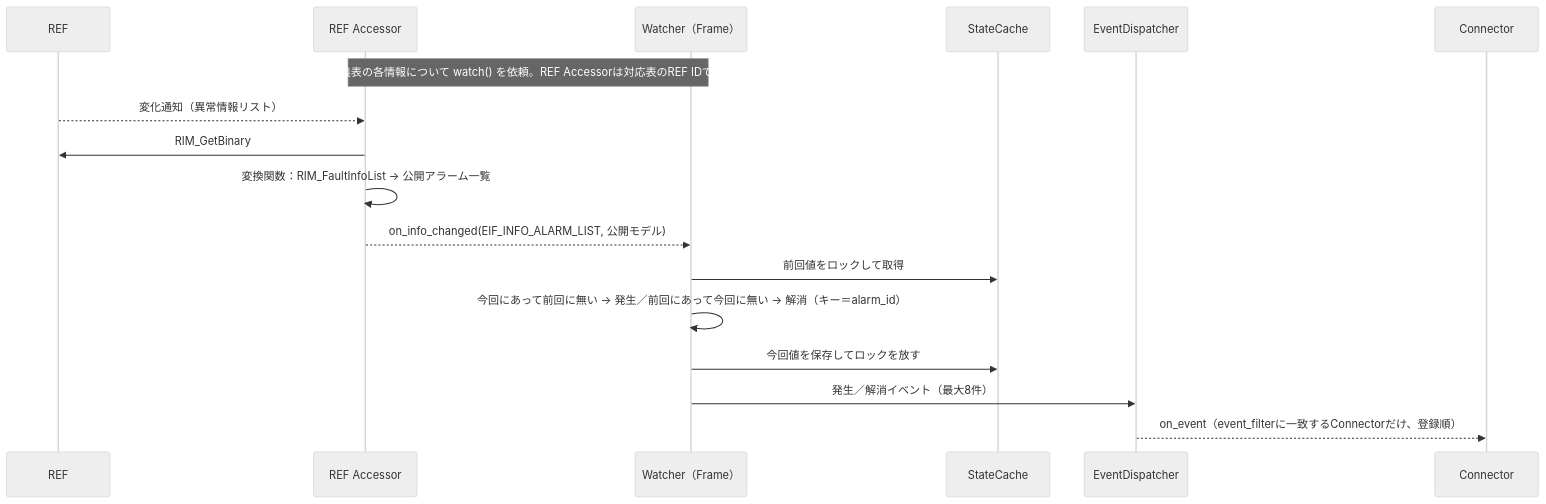
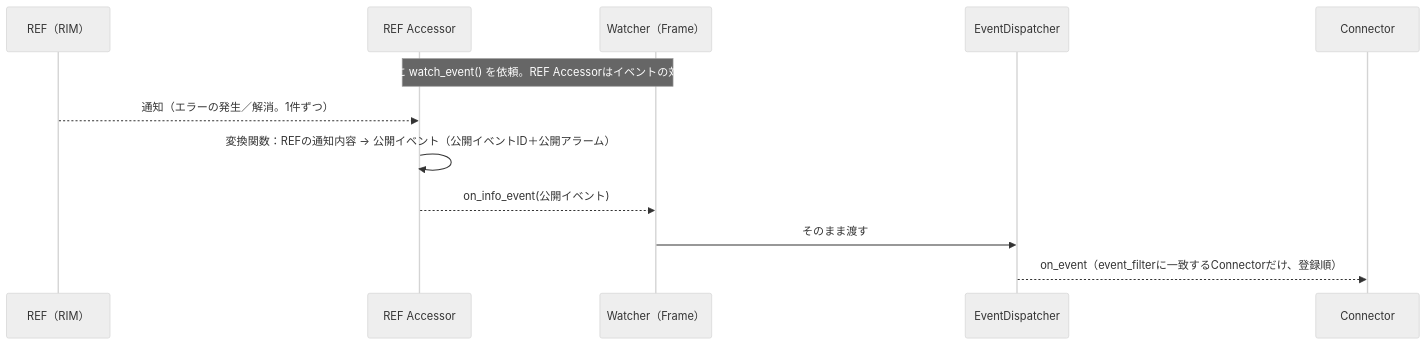
One commit to ceedling-vxworks-test-generator/EIF-design changed the second of 2 diagrams in 03.EIF設計/設計/詳細設計書.md. Above: the diagram before and after it, drawn with Mermaid (neutral theme). The commit also changed other lines of this file and 14 other files, not shown here.

First line of the commit message:
仕様設計DRの指摘を反映（仕様設計書・詳細設計書 0.02）、詳細構成図を追加

````diff
--- a/03.EIF設計/設計/詳細設計書.md
+++ b/03.EIF設計/設計/詳細設計書.md
@@ -576,19 +752,14 @@
 ```mermaid
 sequenceDiagram
-participant REF as REF
+participant REF as REF（RIM）
 participant RA as REF Accessor
 participant WT as Watcher（Frame）
-participant SC as StateCache
 participant ED as EventDispatcher
 participant CN as Connector
-Note over WT,RA: 起動時：通知定義表の各情報について watch() を依頼。REF Accessorは対応表のREF IDで RIM_Subscribe
-REF-->>RA: 変化通知（異常情報リスト）
-RA->>REF: RIM_GetBinary
-RA->>RA: 変換関数：RIM_FaultInfoList → 公開アラーム一覧
-RA-->>WT: on_info_changed(EIF_INFO_ALARM_LIST, 公開モデル)
-WT->>SC: 前回値をロックして取得
-WT->>WT: 今回にあって前回に無い → 発生／前回にあって今回に無い → 解消（キー＝alarm_id）
-WT->>SC: 今回値を保存してロックを放す
-WT->>ED: 発生／解消イベント（最大8件）
+Note over WT,RA: 起動時：通知する公開イベントごとに watch_event() を依頼。REF Accessorはイベントの対応表のREFの通知を RIM_Subscribe
+REF-->>RA: 通知（エラーの発生／解消。1件ずつ）
+RA->>RA: 変換関数：REFの通知内容 → 公開イベント（公開イベントID＋公開アラーム）
+RA-->>WT: on_info_event(公開イベント)
+WT->>ED: そのまま渡す
 ED-->>CN: on_event（event_filterに一致するConnectorだけ、登録順）
 ```
````
